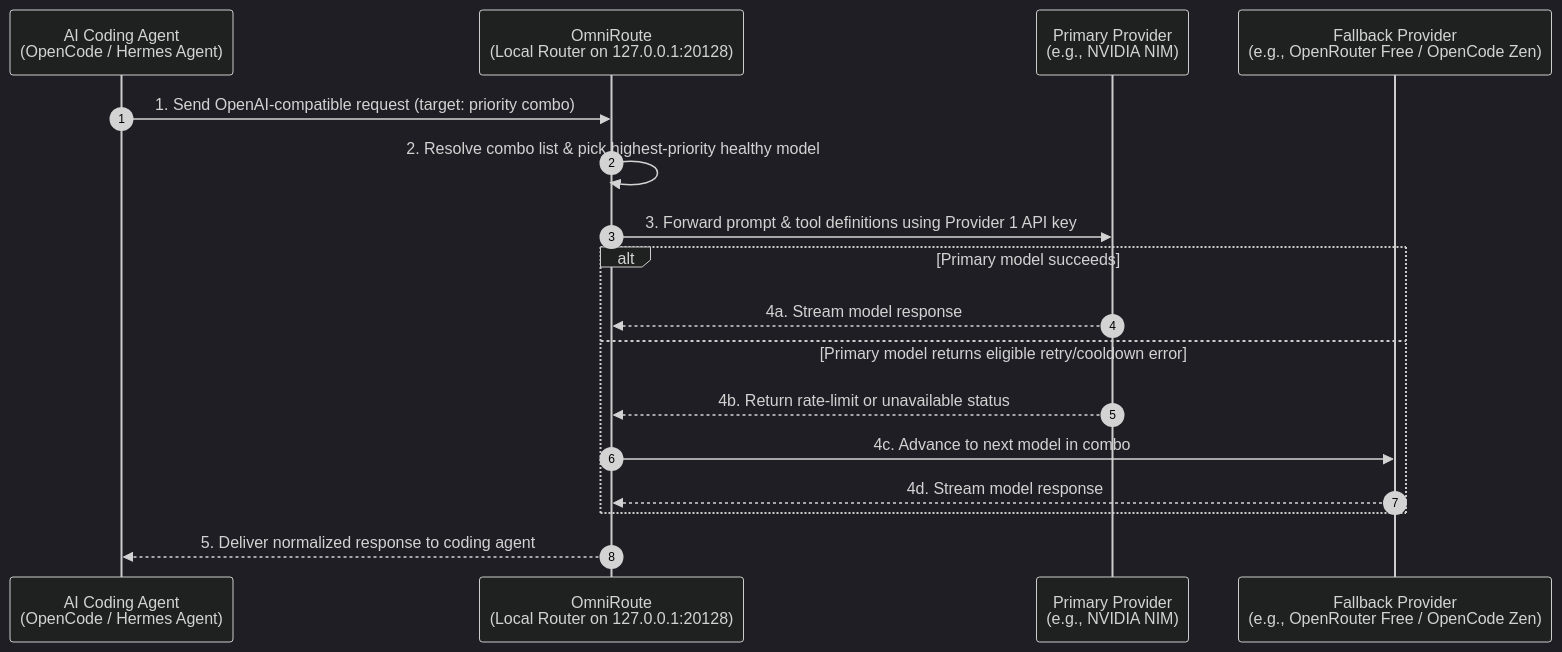
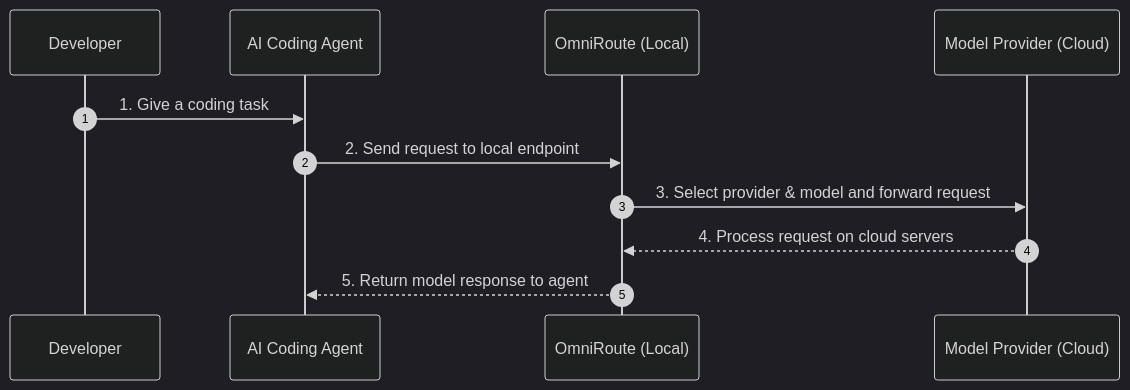
One commit to yi435/free-ai-agent-stack changed the diagram in docs/HOW_IT_WORKS.md. Above: the diagram before and after it, drawn with Mermaid (dark theme). The commit also changed other lines of this file and 5 other files, not shown here.

````diff
--- a/docs/HOW_IT_WORKS.md
+++ b/docs/HOW_IT_WORKS.md
@@ -36,20 +88,14 @@
 ```mermaid
 sequenceDiagram
     autonumber
-    participant Agent as AI Coding Agent<br/>(OpenCode / Hermes Agent)
-    participant Router as OmniRoute<br/>(Local Router on 127.0.0.1:20128)
-    participant P1 as Primary Provider<br/>(e.g., NVIDIA NIM)
-    participant P2 as Fallback Provider<br/>(e.g., OpenRouter Free / OpenCode Zen)
+    participant User as Developer
+    participant Agent as AI Coding Agent
+    participant Router as OmniRoute (Local)
+    participant Provider as Model Provider (Cloud)
 
-    Agent->>Router: 1. Send OpenAI-compatible request (target: priority combo)
-    Router->>Router: 2. Resolve combo list & pick highest-priority healthy model
-    Router->>P1: 3. Forward prompt & tool definitions using Provider 1 API key
-    alt Primary model succeeds
-        P1-->>Router: 4a. Stream model response
-    else Primary model returns eligible retry/cooldown error
-        P1-->>Router: 4b. Return rate-limit or unavailable status
-        Router->>P2: 4c. Advance to next model in combo
-        P2-->>Router: 4d. Stream model response
-    end
-    Router-->>Agent: 5. Deliver normalized response to coding agent
+    User->>Agent: 1. Give a coding task
+    Agent->>Router: 2. Send request to local endpoint
+    Router->>Provider: 3. Select provider & model and forward request
+    Provider-->>Router: 4. Process request on cloud servers
+    Router-->>Agent: 5. Return model response to agent
 ```
````
